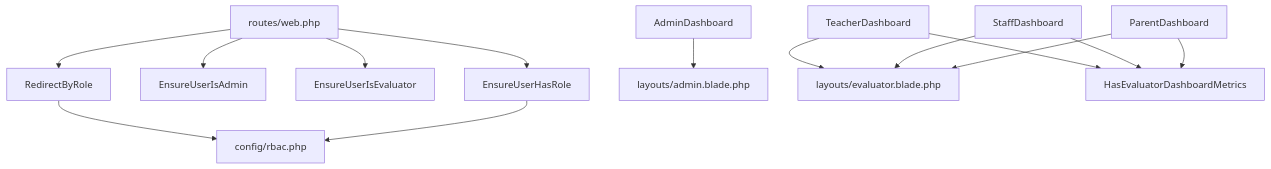
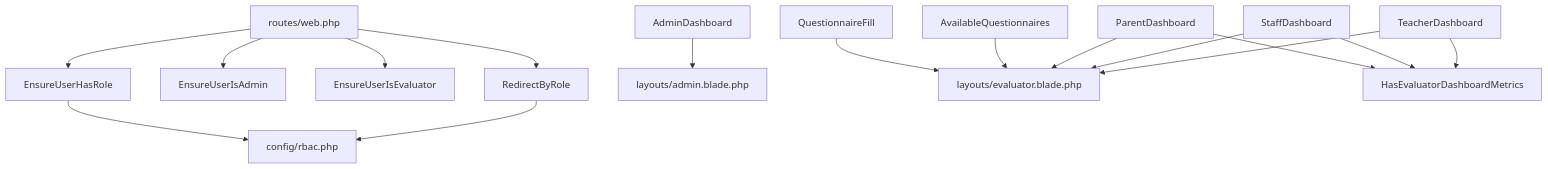
The seventh of 7 diagrams in .qoder/repowiki/en/content/Core Features/User Dashboard Systems/Dashboard Navigation & Layout.md (rudicatsmile/assesment360), drawn with Mermaid before and after one commit. The commit also changed other lines of this file and 5 other files, not shown here.

````diff
--- a/.qoder/repowiki/en/content/Core Features/User Dashboard Systems/Dashboard Navigation & Layout.md
+++ b/.qoder/repowiki/en/content/Core Features/User Dashboard Systems/Dashboard Navigation & Layout.md
@@ -353,16 +398,18 @@
 ```mermaid
 graph TD
 RT["routes/web.php"] --> MW1["RedirectByRole"]
 RT --> MW2["EnsureUserIsAdmin"]
 RT --> MW3["EnsureUserIsEvaluator"]
 RT --> MW4["EnsureUserHasRole"]
 MW1 --> CFG["config/rbac.php"]
 MW4 --> CFG
 AD["AdminDashboard"] --> L1["layouts/admin.blade.php"]
 TD["TeacherDashboard"] --> L2["layouts/evaluator.blade.php"]
 SD["StaffDashboard"] --> L2
 PD["ParentDashboard"] --> L2
 TD --> TRAIT["HasEvaluatorDashboardMetrics"]
 SD --> TRAIT
 PD --> TRAIT
+AQ["AvailableQuestionnaires"] --> L2
+QF["QuestionnaireFill"] --> L2
 ```
````
